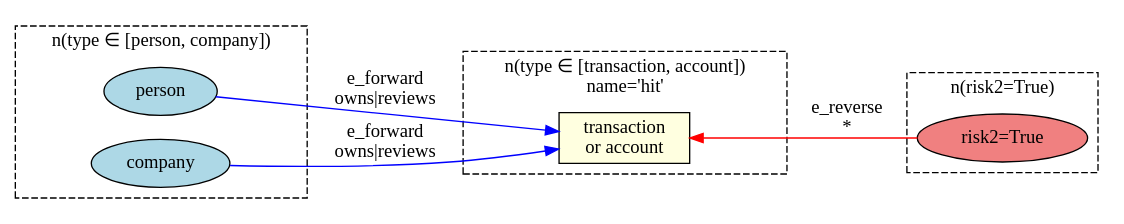
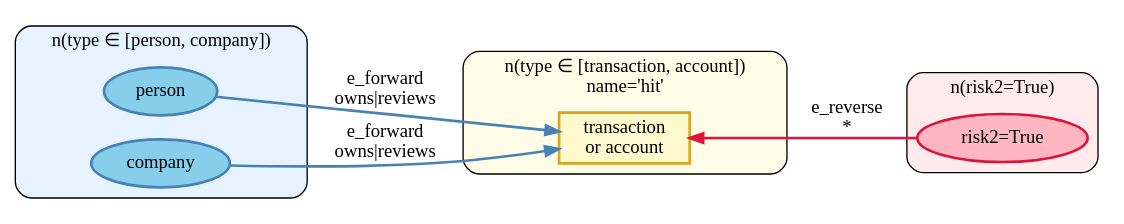
The sixth of 7 diagrams in docs/source/gfql/about.rst (graphistry/pygraphistry), drawn with Graphviz before and after one commit. The commit also changed other lines of this file, not shown here.

First line of the commit message:
docs(gfql): improve diagram styling with bold fills and hex colors

```diff
--- a/docs/source/gfql/about.rst
+++ b/docs/source/gfql/about.rst
@@ -269,29 +295,32 @@
 .. graphviz::
 
    digraph is_in_filter {
        rankdir=LR;
        node [shape=ellipse];
 
        subgraph cluster_start {
            label="n(type ∈ [person, company])";
-           style=dashed;
-           person [label="person", style=filled, fillcolor=lightblue];
-           company [label="company", style=filled, fillcolor=lightblue];
+           style=rounded;
+           bgcolor="#E6F3FF";
+           person [label="person", style="filled,bold", fillcolor="#87CEEB", penwidth=2, color="#4682B4"];
+           company [label="company", style="filled,bold", fillcolor="#87CEEB", penwidth=2, color="#4682B4"];
        }
 
        subgraph cluster_hit {
            label="n(type ∈ [transaction, account])\nname='hit'";
-           style=dashed;
-           tx [label="transaction\nor account", shape=box, style=filled, fillcolor=lightyellow];
+           style=rounded;
+           bgcolor="#FFFDE7";
+           tx [label="transaction\nor account", shape=box, style="filled,bold", fillcolor="#FFFACD", penwidth=2, color="#DAA520"];
        }
 
        subgraph cluster_end {
            label="n(risk2=True)";
-           style=dashed;
-           risk2 [label="risk2=True", style=filled, fillcolor=lightcoral];
+           style=rounded;
+           bgcolor="#FFEBEE";
+           risk2 [label="risk2=True", style="filled,bold", fillcolor="#FFB6C1", penwidth=2, color="#DC143C"];
        }
 
-       person -> tx [label="e_forward\nowns|reviews", color=blue];
-       company -> tx [label="e_forward\nowns|reviews", color=blue];
-       tx -> risk2 [label="e_reverse\n*", color=red, dir=back];
+       person -> tx [label="e_forward\nowns|reviews", color="#4682B4", penwidth=2, style=bold];
+       company -> tx [label="e_forward\nowns|reviews", color="#4682B4", penwidth=2, style=bold];
+       tx -> risk2 [label="e_reverse\n*", color="#DC143C", penwidth=2, style=bold, dir=back];
    }
```
